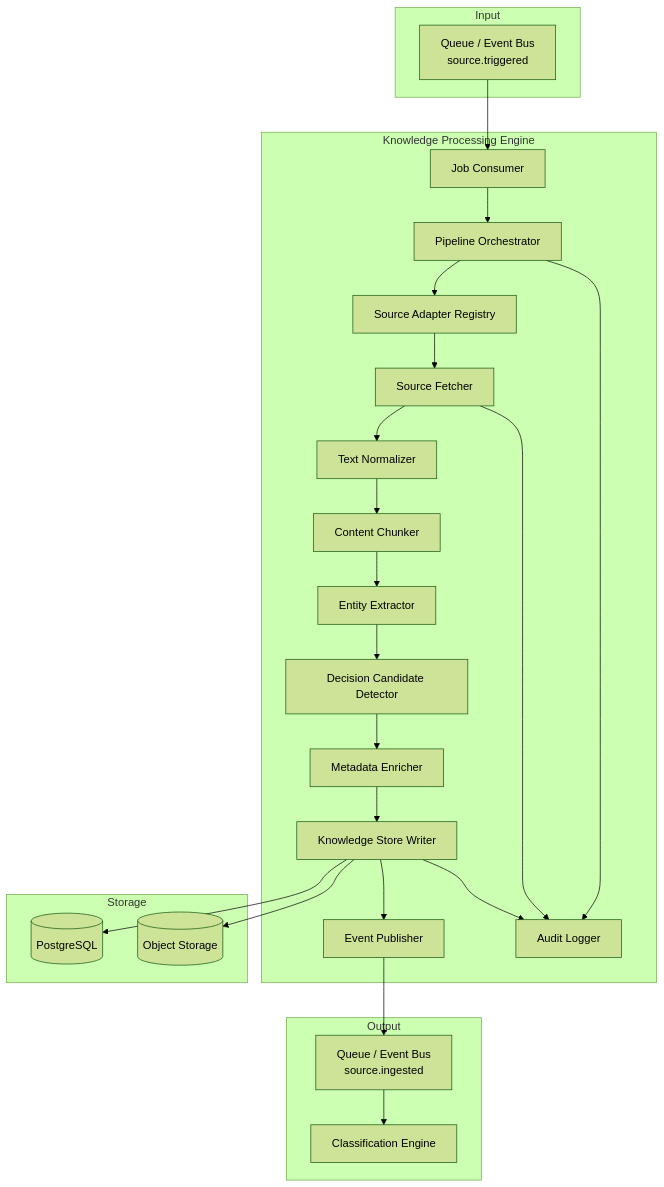
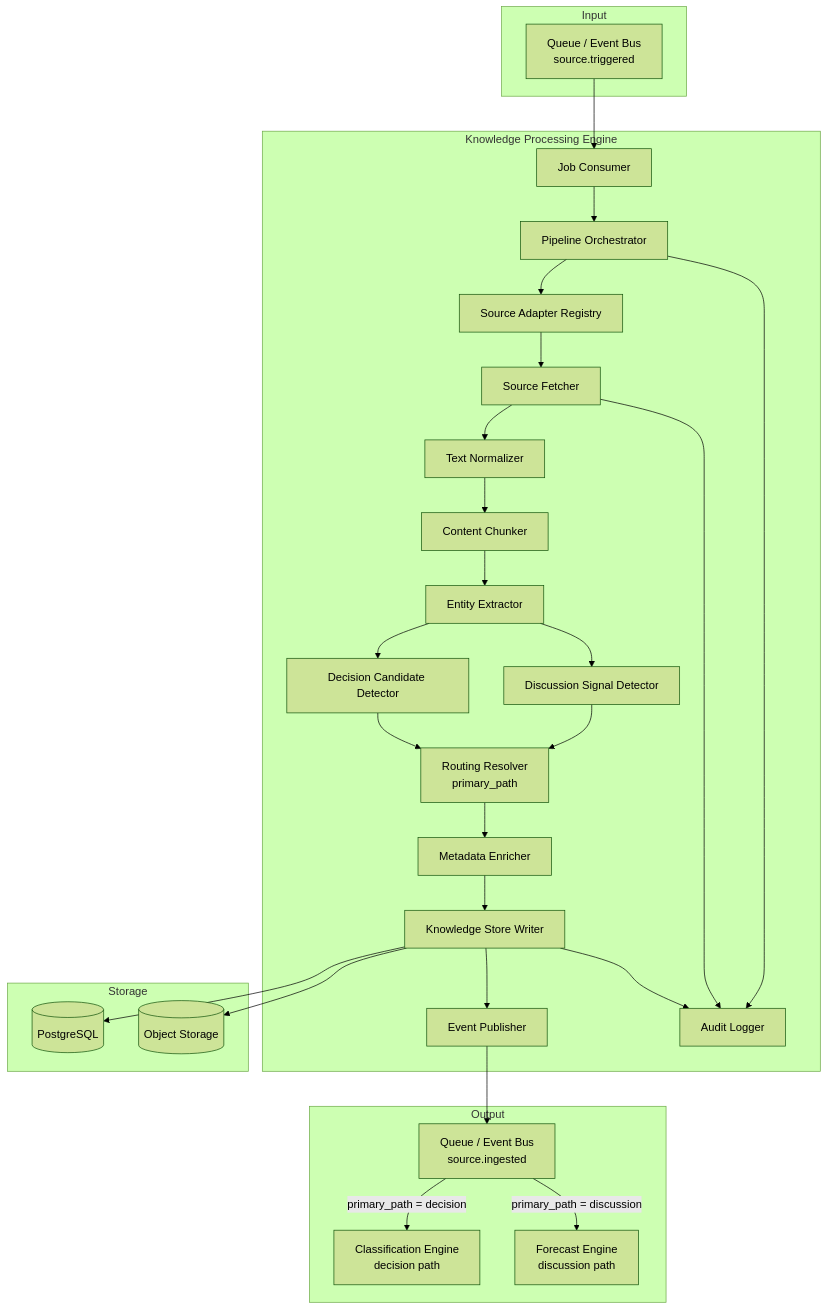
Before and after one commit to andrewngo31798/document-ledger: the diagram in architecture/modules/03-knowledge-processing/diagrams/processing-pipeline.mmd, drawn with Mermaid (forest theme). The commit also changed 25 other files, not shown here.

First line of the commit message:
Align remaining docs and diagrams with standalone Forecast Engine design.

```diff
--- a/architecture/modules/03-knowledge-processing/diagrams/processing-pipeline.mmd
+++ b/architecture/modules/03-knowledge-processing/diagrams/processing-pipeline.mmd
@@ -1,48 +1,55 @@
 flowchart TB
     subgraph input [Input]
         queueIn["Queue / Event Bus<br/>source.triggered"]
     end
 
     subgraph kpe [Knowledge Processing Engine]
         consumer[Job Consumer]
         orchestrator[Pipeline Orchestrator]
         registry[Source Adapter Registry]
         fetcher[Source Fetcher]
         normalizer[Text Normalizer]
         chunker[Content Chunker]
         entities[Entity Extractor]
         detector[Decision Candidate Detector]
+        discussion[Discussion Signal Detector]
+        router[Routing Resolver<br/>primary_path]
         enricher[Metadata Enricher]
         writer[Knowledge Store Writer]
         publisher[Event Publisher]
         audit[Audit Logger]
     end
 
     subgraph storage [Storage]
         postgres[(PostgreSQL)]
         objectStore[(Object Storage)]
     end
 
     subgraph output [Output]
         queueOut["Queue / Event Bus<br/>source.ingested"]
-        classification[Classification Engine]
+        classification[Classification Engine<br/>decision path]
+        forecast[Forecast Engine<br/>discussion path]
     end
 
     queueIn --> consumer
     consumer --> orchestrator
     orchestrator --> registry
     registry --> fetcher
     fetcher --> normalizer
     normalizer --> chunker
     chunker --> entities
     entities --> detector
-    detector --> enricher
+    entities --> discussion
+    detector --> router
+    discussion --> router
+    router --> enricher
     enricher --> writer
     writer --> postgres
     writer --> objectStore
     writer --> publisher
     publisher --> queueOut
-    queueOut --> classification
+    queueOut -->|primary_path = decision| classification
+    queueOut -->|primary_path = discussion| forecast
     orchestrator --> audit
     fetcher --> audit
     writer --> audit
```
